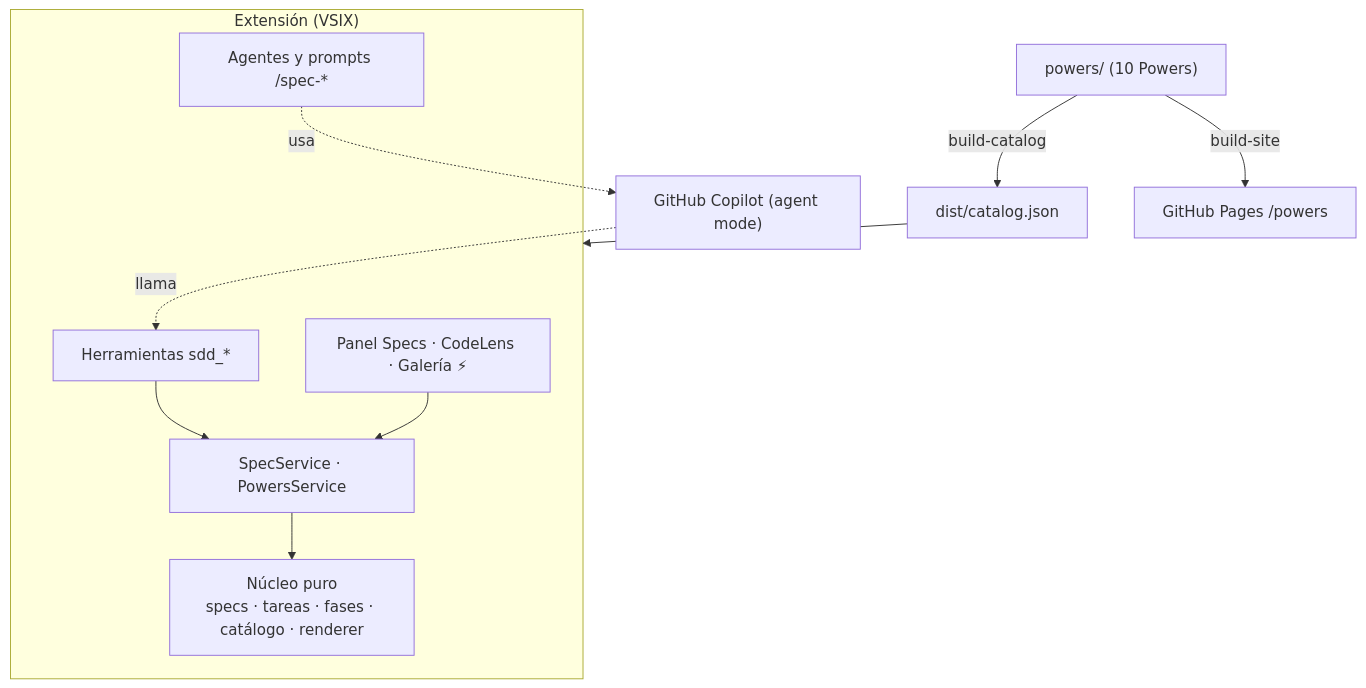
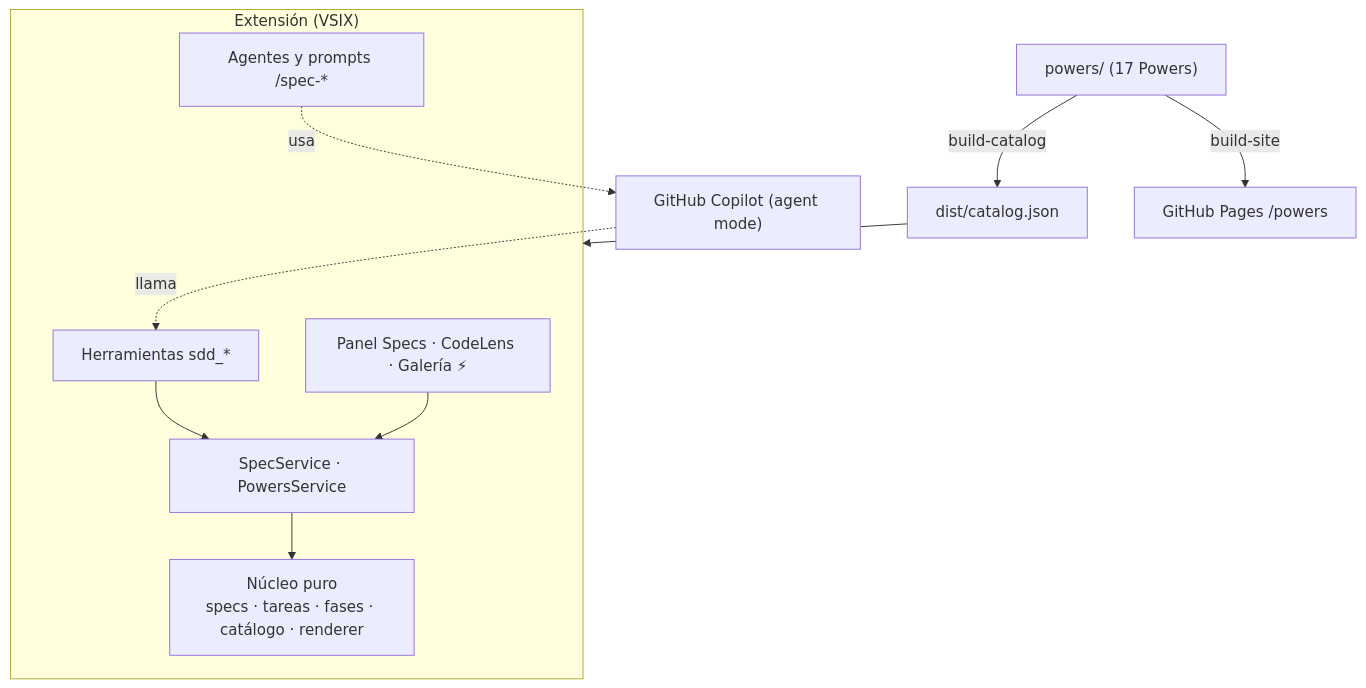
The second of 2 diagrams in README.md (enriquecordero/sdd-studio), drawn with Mermaid before and after one commit. The commit also changed other lines of this file and 4 other files, not shown here.

````diff
--- a/README.md
+++ b/README.md
@@ -457,14 +645,14 @@
 ```mermaid
 flowchart TB
     subgraph VSIX["Extensión (VSIX)"]
         UI["Panel Specs · CodeLens · Galería ⚡"] --> SVC["SpecService · PowersService"]
         SVC --> CORE["Núcleo puro<br/>specs · tareas · fases · catálogo · renderer"]
         TOOLS["Herramientas sdd_*"] --> SVC
         AG["Agentes y prompts /spec-*"]
     end
     AG -. usa .-> COP["GitHub Copilot (agent mode)"]
     COP -. llama .-> TOOLS
-    POW["powers/ (10 Powers)"] -->|build-catalog| CAT["dist/catalog.json"]
+    POW["powers/ (17 Powers)"] -->|build-catalog| CAT["dist/catalog.json"]
     CAT --> VSIX
     POW -->|build-site| SITE["GitHub Pages /powers"]
 ```
````
